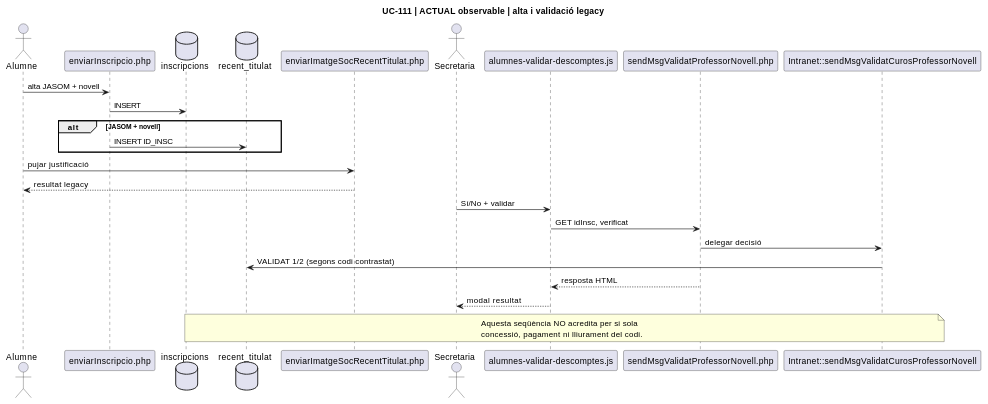
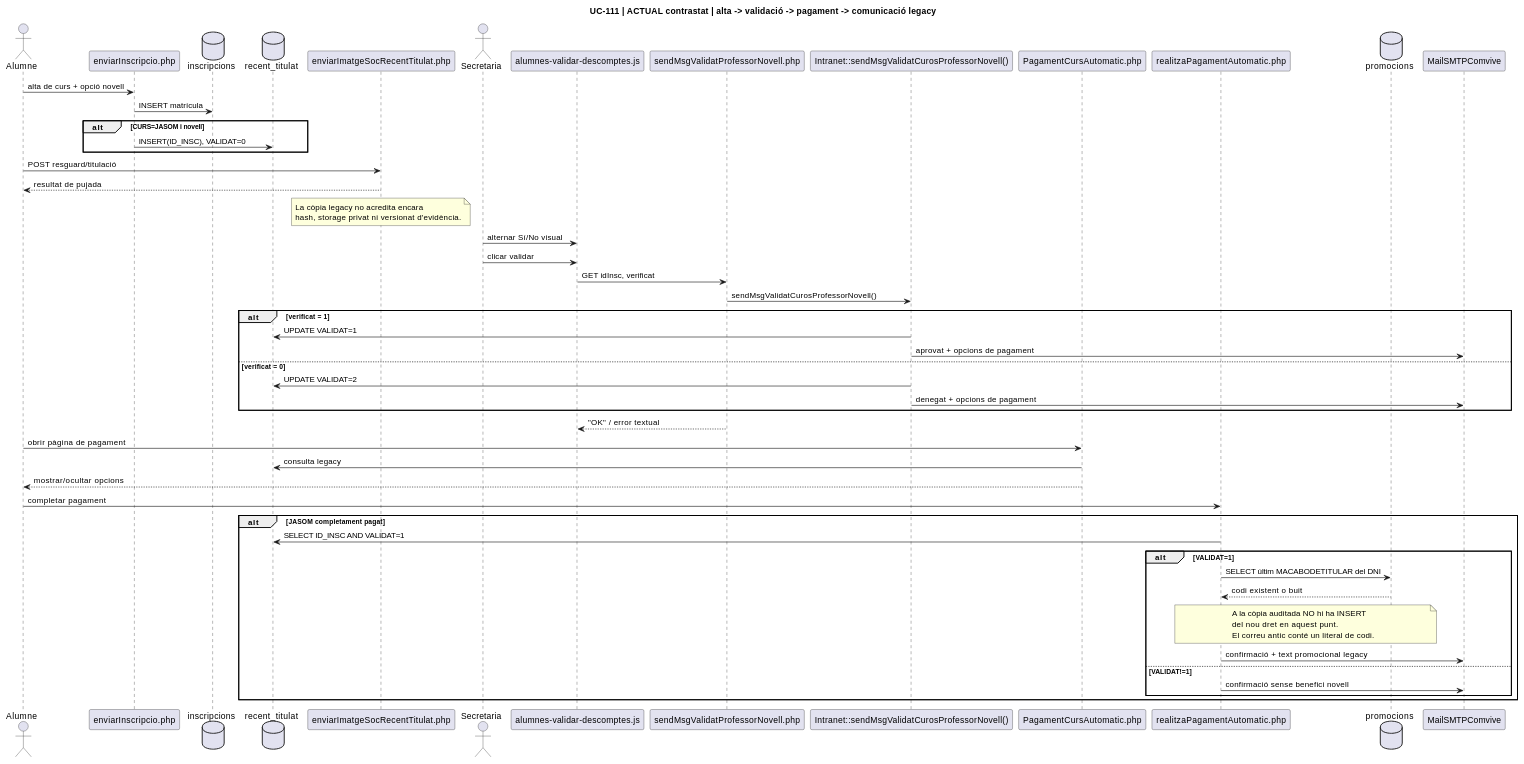
One commit to orgmeriemprismacat-del/verifactu changed the first of 6 diagrams in documentacio/07-uml-integrat/uc-111-sequencies-actual-final.md. Above: the diagram before and after it, drawn with PlantUML. The commit also changed other lines of this file, not shown here.

Commit message:
UC-111 correct full ACTUAL sequence and post-payment code flow

````diff
--- a/documentacio/07-uml-integrat/uc-111-sequencies-actual-final.md
+++ b/documentacio/07-uml-integrat/uc-111-sequencies-actual-final.md
@@ -7,32 +7,65 @@
 ```plantuml
 @startuml
-title UC-111 | ACTUAL observable | alta i validació legacy
+title UC-111 | ACTUAL contrastat | alta -> validació -> pagament -> comunicació legacy
 actor Alumne
 participant "enviarInscripcio.php" as Web
 database inscripcions
 database recent_titulat
 participant "enviarImatgeSocRecentTitulat.php" as Upload
 actor Secretaria
 participant "alumnes-validar-descomptes.js" as JS
 participant "sendMsgValidatProfessorNovell.php" as Endpoint
-participant "Intranet::sendMsgValidatCurosProfessorNovell" as Intranet
+participant "Intranet::sendMsgValidatCurosProfessorNovell()" as Intranet
+participant "PagamentCursAutomatic.php" as PaymentView
+participant "realitzaPagamentAutomatic.php" as Payment
+database promocions
+participant MailSMTPComvive as Mail
 
-Alumne -> Web : alta JASOM + novell
-Web -> inscripcions : INSERT
-alt JASOM + novell
-  Web -> recent_titulat : INSERT ID_INSC
+Alumne -> Web : alta de curs + opció novell
+Web -> inscripcions : INSERT matrícula
+alt CURS=JASOM i novell
+  Web -> recent_titulat : INSERT(ID_INSC), VALIDAT=0
 end
-Alumne -> Upload : pujar justificació
-Upload --> Alumne : resultat legacy
-Secretaria -> JS : Sí/No + validar
+
+Alumne -> Upload : POST resguard/titulació
+Upload --> Alumne : resultat de pujada
+note over Upload
+  La còpia legacy no acredita encara
+  hash, storage privat ni versionat d'evidència.
+end note
+
+Secretaria -> JS : alternar Sí/No visual
+Secretaria -> JS : clicar validar
 JS -> Endpoint : GET idInsc, verificat
-Endpoint -> Intranet : delegar decisió
-Intranet -> recent_titulat : VALIDAT 1/2 (segons codi contrastat)
-Endpoint --> JS : resposta HTML
-JS --> Secretaria : modal resultat
-note over Intranet,recent_titulat
-  Aquesta seqüència NO acredita per si sola
-  concessió, pagament ni lliurament del codi.
-end note
+Endpoint -> Intranet : sendMsgValidatCurosProfessorNovell()
+alt verificat = 1
+  Intranet -> recent_titulat : UPDATE VALIDAT=1
+  Intranet -> Mail : aprovat + opcions de pagament
+else verificat = 0
+  Intranet -> recent_titulat : UPDATE VALIDAT=2
+  Intranet -> Mail : denegat + opcions de pagament
+end
+Endpoint --> JS : "OK" / error textual
+
+Alumne -> PaymentView : obrir pàgina de pagament
+PaymentView -> recent_titulat : consulta legacy
+PaymentView --> Alumne : mostrar/ocultar opcions
+Alumne -> Payment : completar pagament
+
+alt JASOM completament pagat
+  Payment -> recent_titulat : SELECT ID_INSC AND VALIDAT=1
+  alt VALIDAT=1
+    Payment -> promocions : SELECT últim MACABODETITULAR del DNI
+    promocions --> Payment : codi existent o buit
+    note over Payment,promocions
+      A la còpia auditada NO hi ha INSERT
+      del nou dret en aquest punt.
+      El correu antic conté un literal de codi.
+    end note
+    Payment -> Mail : confirmació + text promocional legacy
+  else VALIDAT!=1
+    Payment -> Mail : confirmació sense benefici novell
+  end
+end
 @enduml
 ```
````
